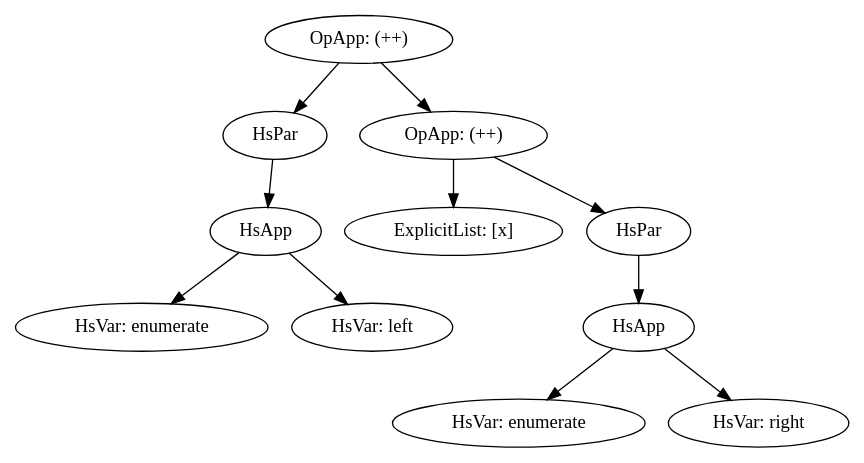
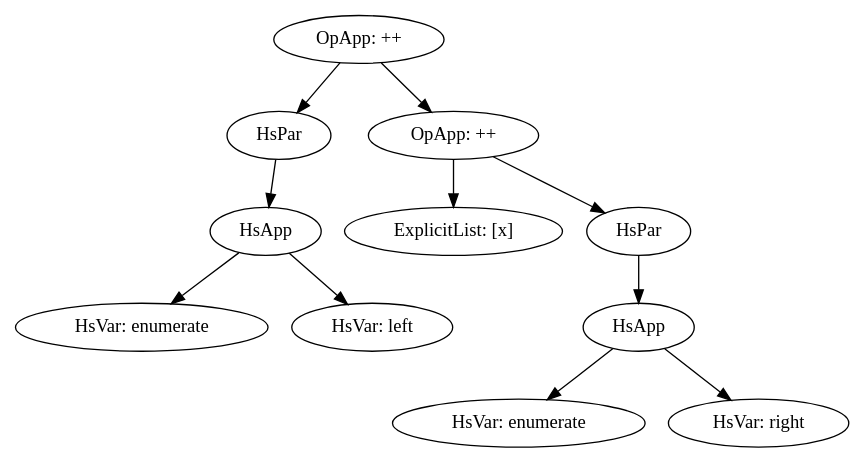
The diagram in graphVis/Chapter3/enumerate.gv (SAdams601/Thesis), drawn with Graphviz before and after one commit. The commit also changed 4 other files, not shown here.

```diff
--- a/graphVis/Chapter3/enumerate.gv
+++ b/graphVis/Chapter3/enumerate.gv
@@ -1,84 +1,84 @@
 digraph G {
 //enumerate -> lApp;
 
 	subgraph left {
-		lApp [label="OpApp: (++)"];
+		lApp [label="OpApp: ++"];
 		lApp -> lPar;	
 		lApp -> rApp;
 	}
 
 	subgraph lPar {
 		lPar [label="HsPar"];
 		lEnum [label="HsVar: enumerate"];
 		left [label="HsVar: left"];
 		pApp1 [label="HsApp"];
 		lPar -> pApp1;
 		pApp1 -> lEnum;
 		pApp1 -> left;
 	}
 
 	subgraph right {
 		lst [label="ExplicitList: [x]"];
-		rApp [label="OpApp: (++)"];
+		rApp [label="OpApp: ++"];
 		rApp -> lst;
 		rApp -> rPar;
 	}
 	
 	subgraph rPar {
 		rPar [label="HsPar"];
 		rEApp [label="HsApp"];
 		rEnum [label="HsVar: enumerate"];
 		right [label="HsVar: right"];
 		rPar -> rEApp;
 		rEApp -> rEnum;
 		rEApp -> right;
 	}
 
 }
 
 //enumerate (Node left x right) = (enumerate left) ++ [x] ++ (enumerate right)
 
 /*
 (L {test/testdata/HughesList/HList2.hs:8:33-76} 
                  (OpApp 
                   (L {test/testdata/HughesList/HList2.hs:8:33-55} 
                    (OpApp 
                     (L {test/testdata/HughesList/HList2.hs:8:33-48} 
                      (HsPar 
                       (L {test/testdata/HughesList/HList2.hs:8:34-47} 
                        (HsApp 
                         (L {test/testdata/HughesList/HList2.hs:8:34-42} 
                          (HsVar 
                           (Unqual {OccName: enumerate}))) 
                         (L {test/testdata/HughesList/HList2.hs:8:44-47} 
                          (HsVar 
                           (Unqual {OccName: left}))))))) 
                     (L {test/testdata/HughesList/HList2.hs:8:50-51} 
                      (HsVar 
                       (Unqual {OccName: ++}))) 
                     (PlaceHolder) 
                     (L {test/testdata/HughesList/HList2.hs:8:53-55} 
                      (ExplicitList 
                       (PlaceHolder) 
                       (Nothing) 
                       [
                        (L {test/testdata/HughesList/HList2.hs:8:54} 
                         (HsVar 
                          (Unqual {OccName: x})))])))) 
 
                          (L {test/testdata/HughesList/HList2.hs:8:57-58} 
                    (HsVar 
                     (Unqual {OccName: ++}))) 
                   (PlaceHolder) 
                   (L {test/testdata/HughesList/HList2.hs:8:60-76} 
                    (HsPar 
                     (L {test/testdata/HughesList/HList2.hs:8:61-75} 
                      (HsApp 
                       (L {test/testdata/HughesList/HList2.hs:8:61-69} 
                        (HsVar 
                         (Unqual {OccName: enumerate}))) 
                       (L {test/testdata/HughesList/HList2.hs:8:71-75} 
                        (HsVar 
                         (Unqual {OccName: right})))))))))
 
 */
```
